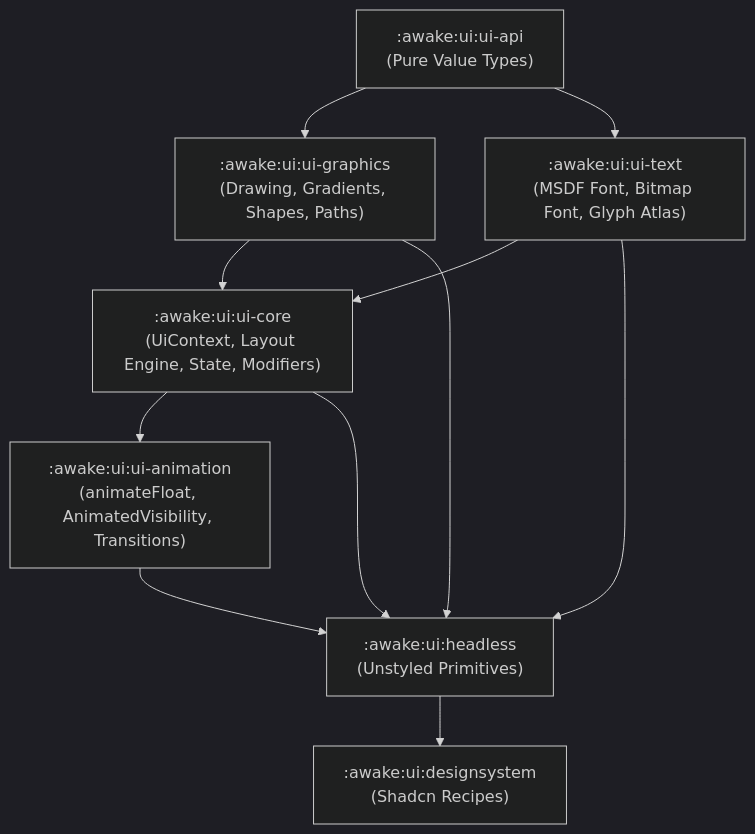
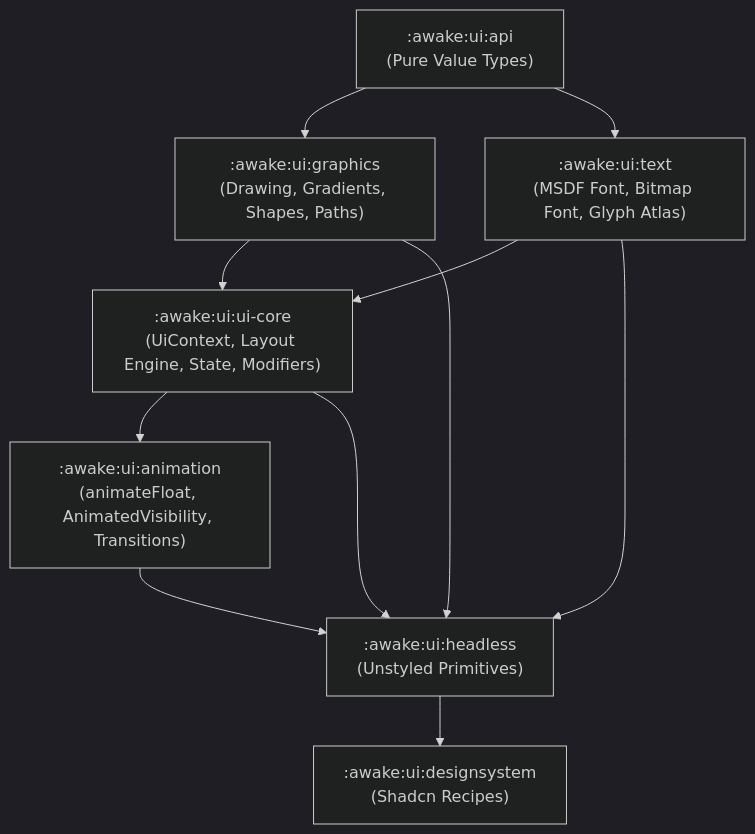
One commit to awake-lab/awake changed the diagram in awake/ui/README.md. Above: the diagram before and after it, drawn with Mermaid (dark theme). The commit also changed other lines of this file and 74 other files, not shown here.

````diff
--- a/awake/ui/README.md
+++ b/awake/ui/README.md
@@ -65,22 +65,22 @@
 ```mermaid
 graph TD
-    API[":awake:ui:ui-api<br/>(Pure Value Types)"]
+    API[":awake:ui:api<br/>(Pure Value Types)"]
     CORE[":awake:ui:ui-core<br/>(UiContext, Layout Engine, State, Modifiers)"]
-    GRAPHICS[":awake:ui:ui-graphics<br/>(Drawing, Gradients, Shapes, Paths)"]
-    ANIMATION[":awake:ui:ui-animation<br/>(animateFloat, AnimatedVisibility, Transitions)"]
-    TEXT[":awake:ui:ui-text<br/>(MSDF Font, Bitmap Font, Glyph Atlas)"]
+    GRAPHICS[":awake:ui:graphics<br/>(Drawing, Gradients, Shapes, Paths)"]
+    ANIMATION[":awake:ui:animation<br/>(animateFloat, AnimatedVisibility, Transitions)"]
+    TEXT[":awake:ui:text<br/>(MSDF Font, Bitmap Font, Glyph Atlas)"]
     HEADLESS[":awake:ui:headless<br/>(Unstyled Primitives)"]
     DS[":awake:ui:designsystem<br/>(Shadcn Recipes)"]
 
     API --> GRAPHICS
     API --> TEXT
     GRAPHICS --> CORE
     TEXT --> CORE
     CORE --> ANIMATION
     CORE --> HEADLESS
     GRAPHICS --> HEADLESS
     ANIMATION --> HEADLESS
     TEXT --> HEADLESS
 
     HEADLESS --> DS
 ```
````
